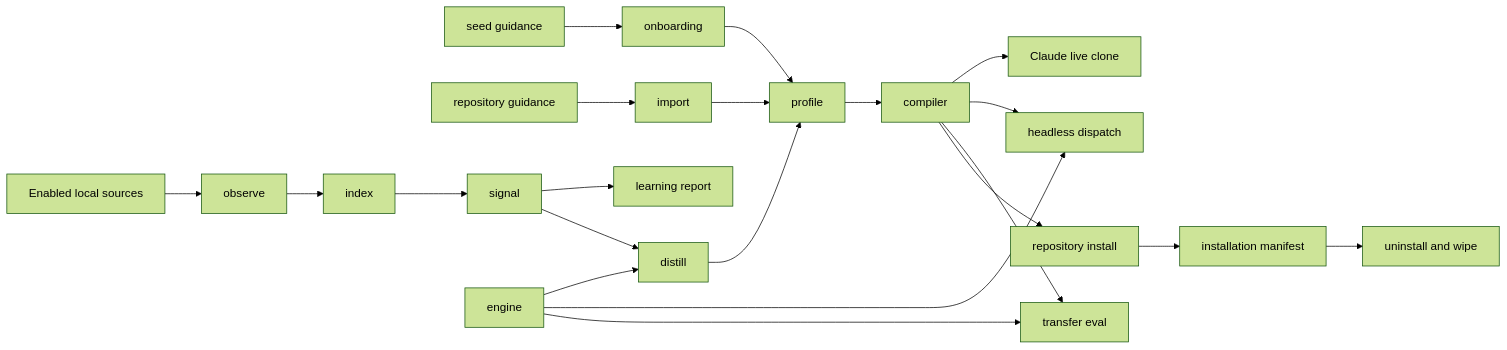
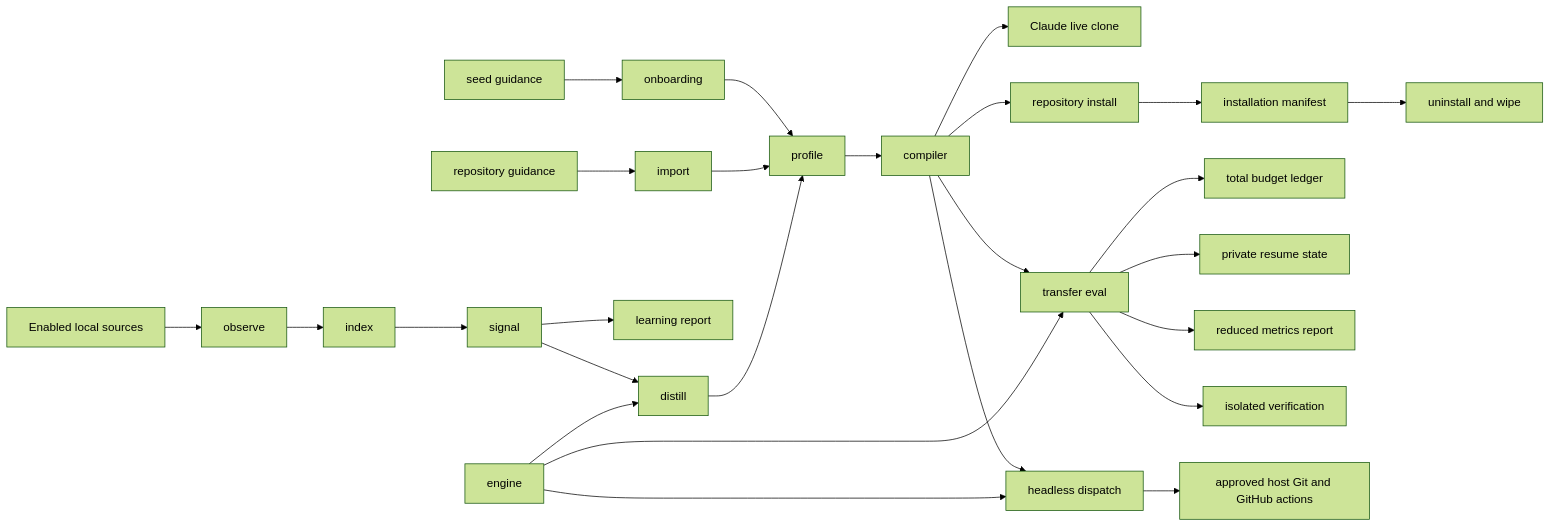
The diagram in docs/architecture/README.md (theonly1me/shadowclone), drawn with Mermaid (forest theme) before and after one commit. The commit also changed other lines of this file and 185 other files, not shown here.

````diff
--- a/docs/architecture/README.md
+++ b/docs/architecture/README.md
@@ -25,23 +25,28 @@
 ```mermaid
 flowchart LR
     Guidance[seed guidance] --> Onboarding[onboarding]
     Onboarding --> Profile[profile]
     RepositoryGuidance[repository guidance] --> Import[import]
     Import --> Profile
     Sources[Enabled local sources] --> Observe[observe]
     Observe --> Index[index]
     Index --> Signal[signal]
     Signal --> Report[learning report]
     Signal --> Distill[distill]
     Engine[engine] --> Distill
     Distill --> Profile
     Profile --> Compiler[compiler]
     Compiler --> Live[Claude live clone]
     Compiler --> Dispatch[headless dispatch]
     Compiler --> Eval[transfer eval]
     Compiler --> Install[repository install]
     Install --> Installations[installation manifest]
     Installations --> Uninstall[uninstall and wipe]
     Engine --> Dispatch
     Engine --> Eval
+    Eval --> Ledger[total budget ledger]
+    Eval --> State[private resume state]
+    Eval --> Metrics[reduced metrics report]
+    Eval --> Verify[isolated verification]
+    Dispatch --> Host[approved host Git and GitHub actions]
 ```
````
